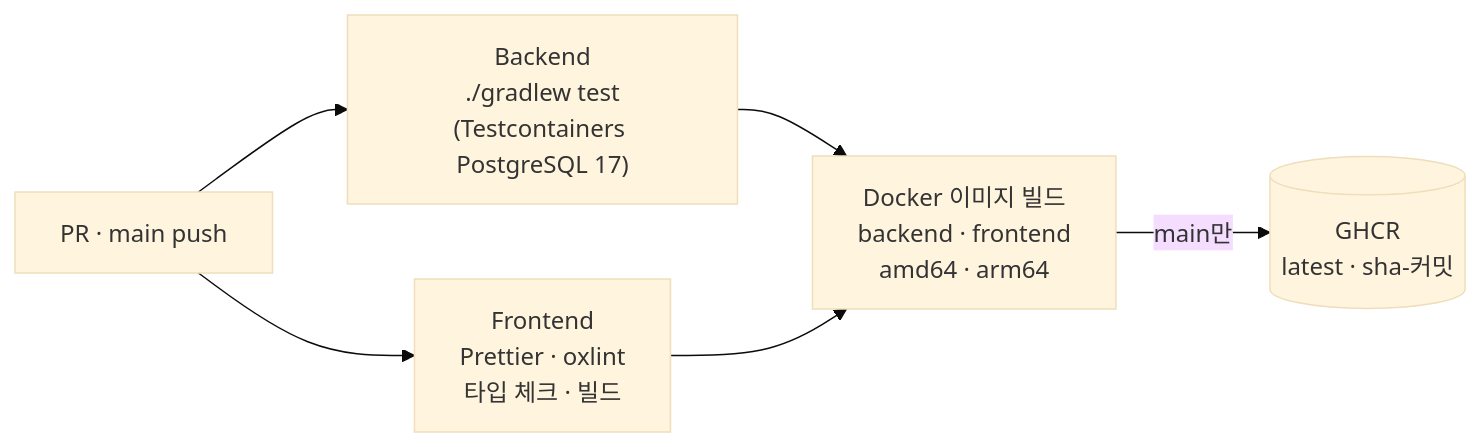
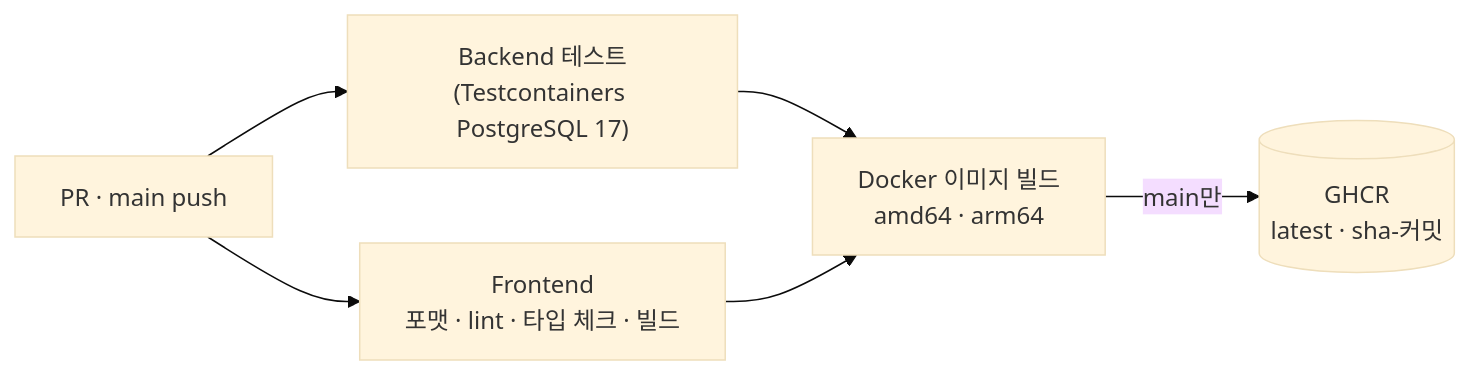
Before and after one commit to Nick-ugi/storeflow-erp: the diagram in README.md, drawn with Mermaid (base theme). The commit also changed other lines of this file, not shown here.

````diff
--- a/README.md
+++ b/README.md
@@ -129,8 +124,8 @@
 ```mermaid
 flowchart LR
-    trigger["PR · main push"] --> backend["Backend<br/>./gradlew test<br/>(Testcontainers PostgreSQL 17)"]
-    trigger --> frontend["Frontend<br/>Prettier · oxlint<br/>타입 체크 · 빌드"]
-    backend --> docker["Docker 이미지 빌드<br/>backend · frontend<br/>amd64 · arm64"]
+    trigger["PR · main push"] --> backend["Backend 테스트<br/>(Testcontainers PostgreSQL 17)"]
+    trigger --> frontend["Frontend<br/>포맷 · lint · 타입 체크 · 빌드"]
+    backend --> docker["Docker 이미지 빌드<br/>amd64 · arm64"]
     frontend --> docker
     docker -->|main만| ghcr[("GHCR<br/>latest · sha-커밋")]
 ```
````
